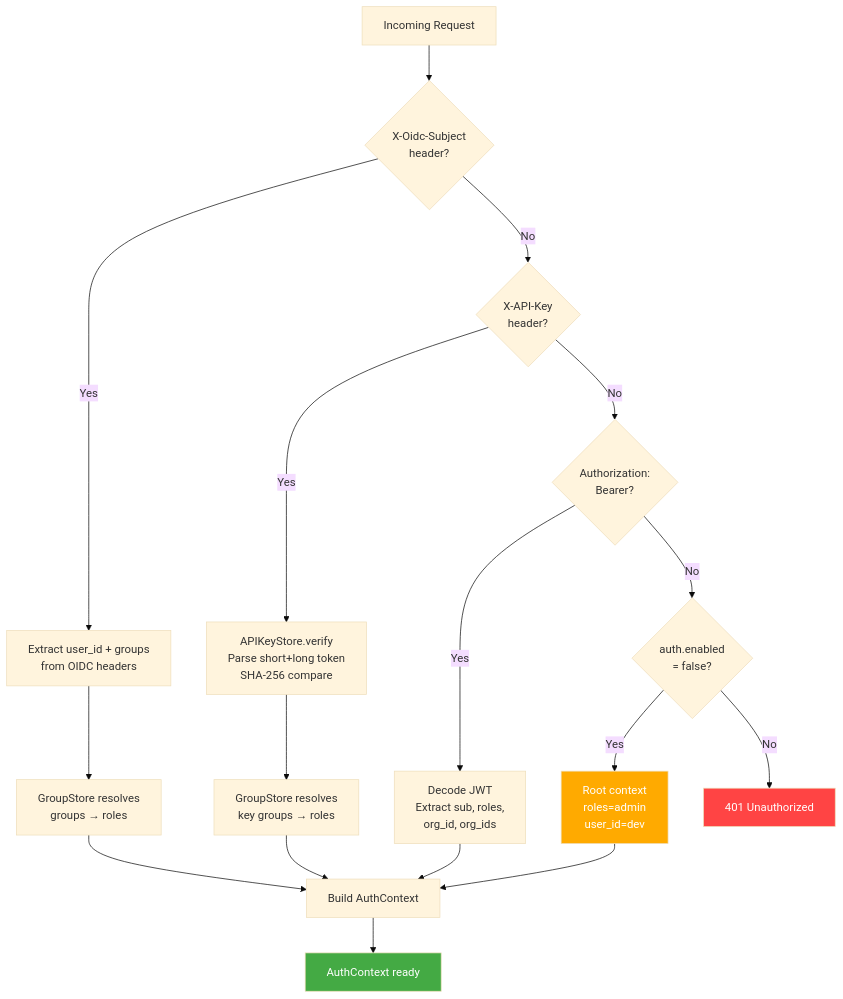
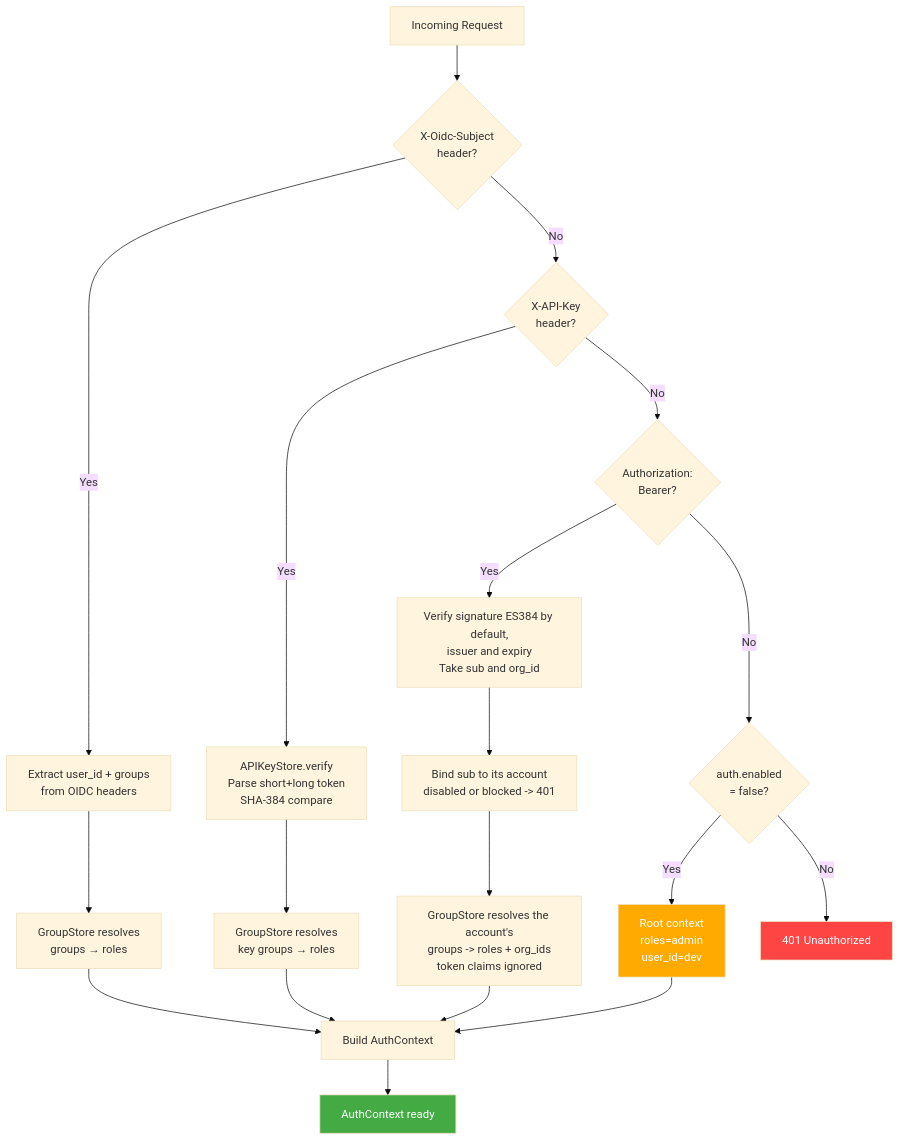
Before and after one commit to hyperi-io/dfe-engine: the first of 11 diagrams in docs/control-plane/rbac.md, drawn with Mermaid (base theme). The commit also changed other lines of this file and 15 other files, not shown here.

````diff
--- a/docs/control-plane/rbac.md
+++ b/docs/control-plane/rbac.md
@@ -22,28 +22,30 @@
 ```mermaid
 flowchart TD
     REQ[Incoming Request] --> OIDC{X-Oidc-Subject<br/>header?}
     OIDC -->|Yes| EXTRACT_OIDC[Extract user_id + groups<br/>from OIDC headers]
     EXTRACT_OIDC --> RESOLVE_OIDC[GroupStore resolves<br/>groups → roles]
     RESOLVE_OIDC --> CTX[Build AuthContext]
 
     OIDC -->|No| APIKEY{X-API-Key<br/>header?}
-    APIKEY -->|Yes| VERIFY_KEY[APIKeyStore.verify<br/>Parse short+long token<br/>SHA-256 compare]
+    APIKEY -->|Yes| VERIFY_KEY[APIKeyStore.verify<br/>Parse short+long token<br/>SHA-384 compare]
     VERIFY_KEY --> RESOLVE_KEY[GroupStore resolves<br/>key groups → roles]
     RESOLVE_KEY --> CTX
 
     APIKEY -->|No| JWT{Authorization:<br/>Bearer?}
-    JWT -->|Yes| DECODE[Decode JWT<br/>Extract sub, roles,<br/>org_id, org_ids]
-    DECODE --> CTX
+    JWT -->|Yes| DECODE["Verify signature ES384 by default,<br/>issuer and expiry<br/>Take sub and org_id"]
+    DECODE --> BIND["Bind sub to its account<br/>disabled or blocked -> 401"]
+    BIND --> RESOLVE_JWT["GroupStore resolves the account's<br/>groups -> roles + org_ids<br/>token claims ignored"]
+    RESOLVE_JWT --> CTX
 
     JWT -->|No| DISABLED{auth.enabled<br/>= false?}
     DISABLED -->|Yes| ROOT[Root context<br/>roles=admin<br/>user_id=dev]
     ROOT --> CTX
 
     DISABLED -->|No| REJECT[401 Unauthorized]
 
     CTX --> AUTH_DONE[AuthContext ready]
 
     style REJECT fill:#f44,color:#fff
     style AUTH_DONE fill:#4a4,color:#fff
     style ROOT fill:#fa0,color:#fff
 ```
````
